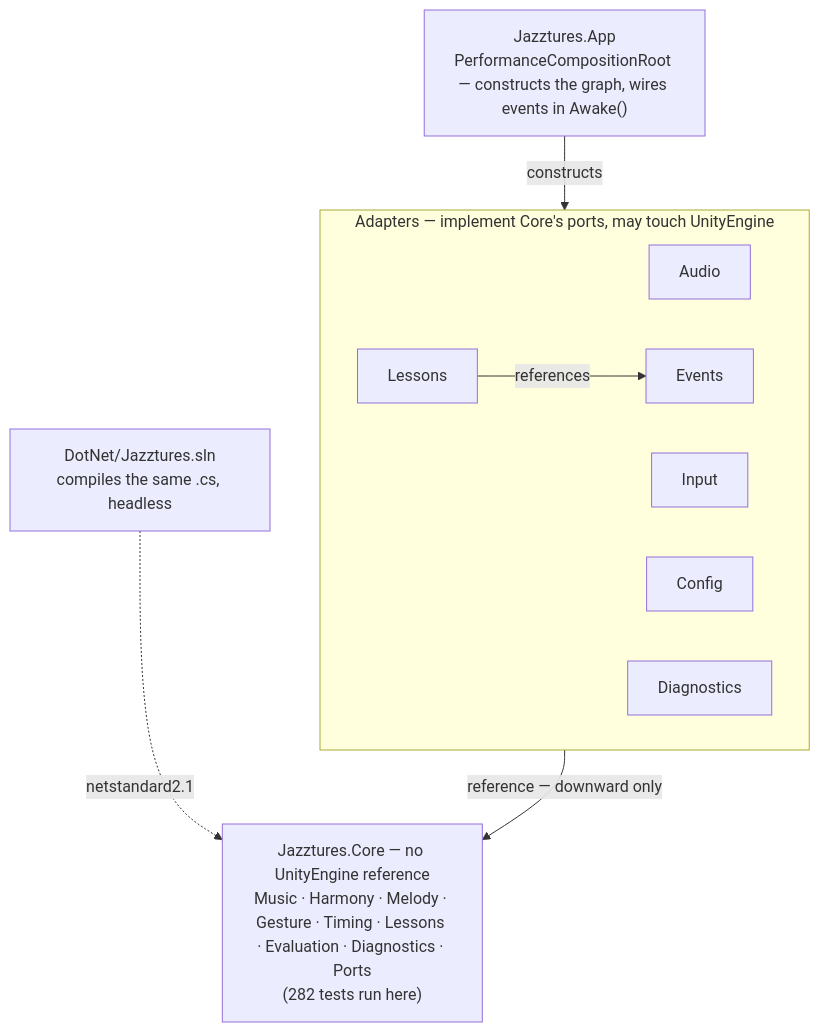
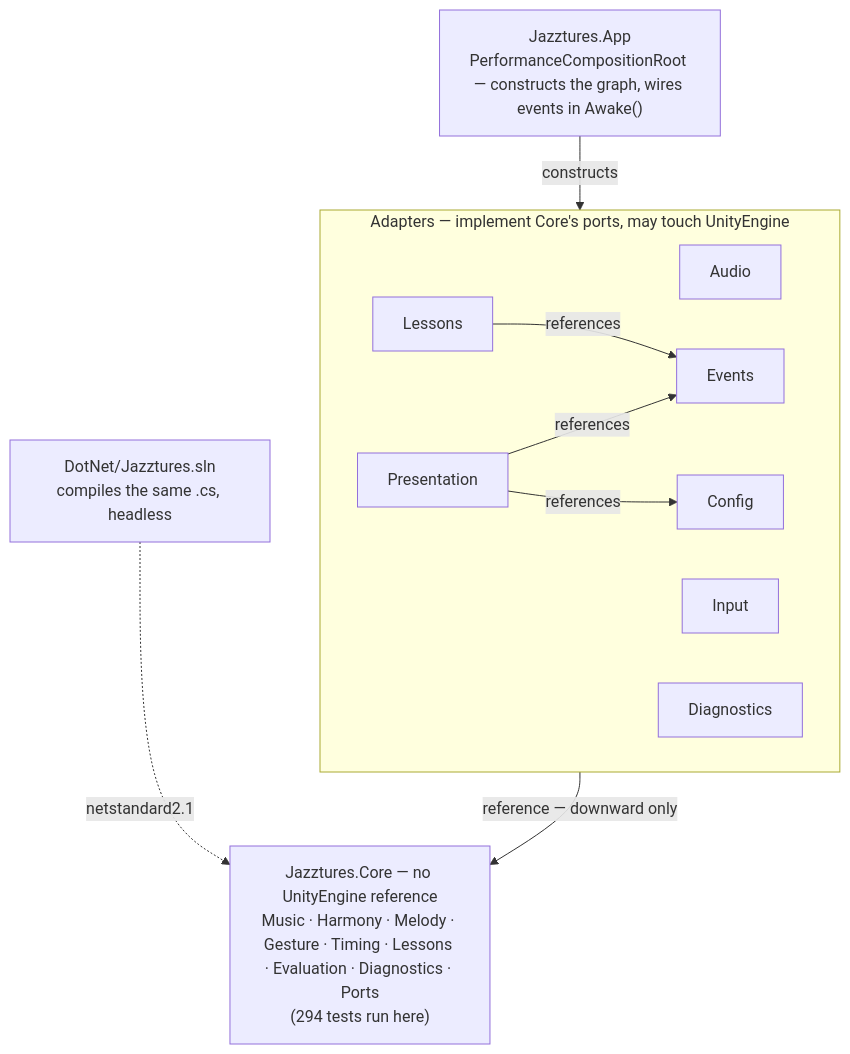
The first of 3 diagrams in Docs/ARCHITECTURE.md (janicarys/jazztures), drawn with Mermaid before and after one commit. The commit also changed other lines of this file and 26 other files, not shown here.

````diff
--- a/Docs/ARCHITECTURE.md
+++ b/Docs/ARCHITECTURE.md
@@ -35,23 +36,26 @@
 ```mermaid
 flowchart TD
     App["Jazztures.App<br/>PerformanceCompositionRoot — constructs the graph, wires events in Awake()"]
 
     subgraph adapters["Adapters — implement Core's ports, may touch UnityEngine"]
         direction LR
         Audio
         Input
         Config
         Events
         Diagnostics
         Lessons
+        Presentation
     end
 
-    Core["Jazztures.Core — no UnityEngine reference<br/>Music · Harmony · Melody · Gesture · Timing · Lessons · Evaluation · Diagnostics · Ports<br/>(282 tests run here)"]
+    Core["Jazztures.Core — no UnityEngine reference<br/>Music · Harmony · Melody · Gesture · Timing · Lessons · Evaluation · Diagnostics · Ports<br/>(294 tests run here)"]
 
     DotNet["DotNet/Jazztures.sln<br/>compiles the same .cs, headless"]
 
     App -->|constructs| adapters
     adapters -->|reference — downward only| Core
     Lessons -->|references| Events
+    Presentation -->|references| Events
+    Presentation -->|references| Config
     DotNet -.->|"netstandard2.1"| Core
 ```
````
